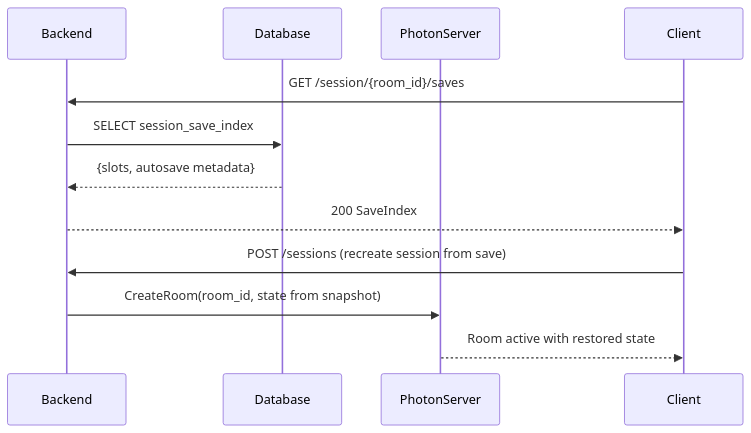
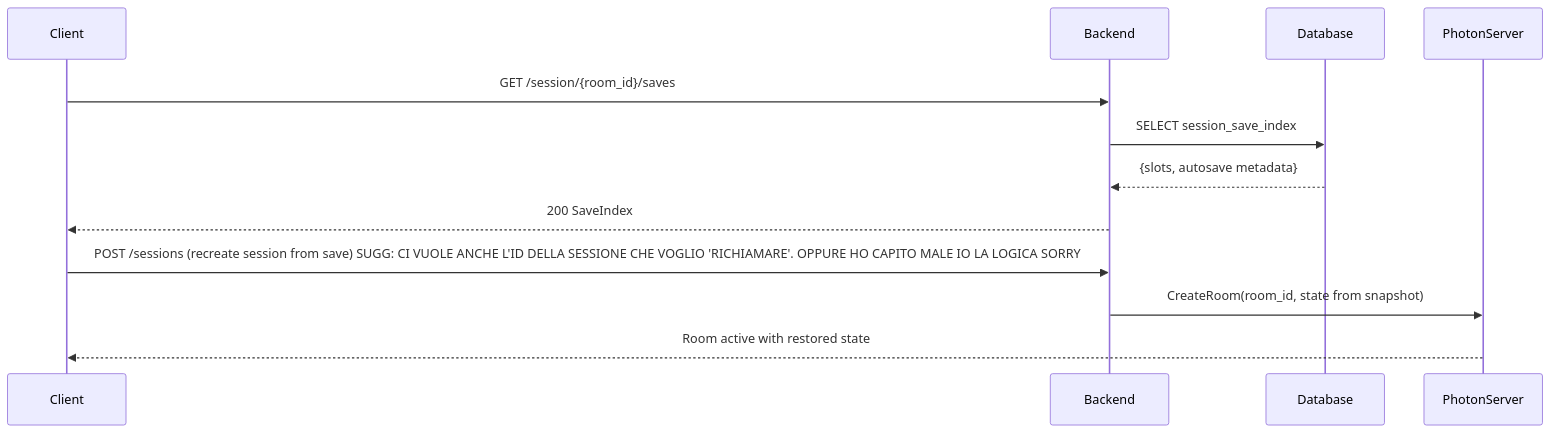
One commit to s-pittalis/Interview.SystemDesign.InteractiveMapVR changed diagram 16 of 16 in README.md. Above: the diagram before and after it, drawn with Mermaid. The commit also changed other lines of this file, not shown here.

First line of the commit message:
Revise README with operational flow clarifications

````diff
--- a/README.md
+++ b/README.md
@@ -450,15 +453,15 @@
 ```mermaid
 sequenceDiagram
+    participant C as Client
     participant B as Backend
     participant DB as Database
     participant PS as PhotonServer
-    participant C as Client
 
     C->>B: GET /session/{room_id}/saves
     B->>DB: SELECT session_save_index
     DB-->>B: {slots, autosave metadata}
     B-->>C: 200 SaveIndex
-    C->>B: POST /sessions (recreate session from save)
+    C->>B: POST /sessions (recreate session from save) SUGG: CI VUOLE ANCHE L'ID DELLA SESSIONE CHE VOGLIO 'RICHIAMARE'. OPPURE HO CAPITO MALE IO LA LOGICA SORRY
     B->>PS: CreateRoom(room_id, state from snapshot)
     PS-->>C: Room active with restored state
 ```
````
